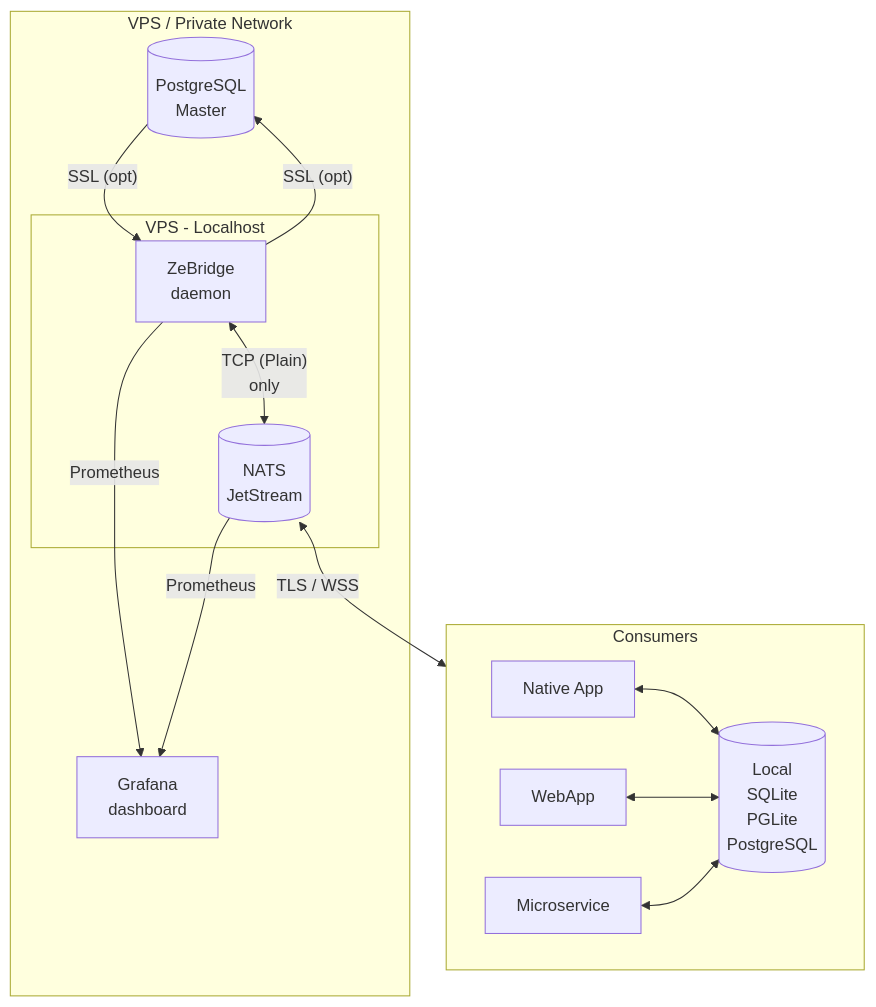
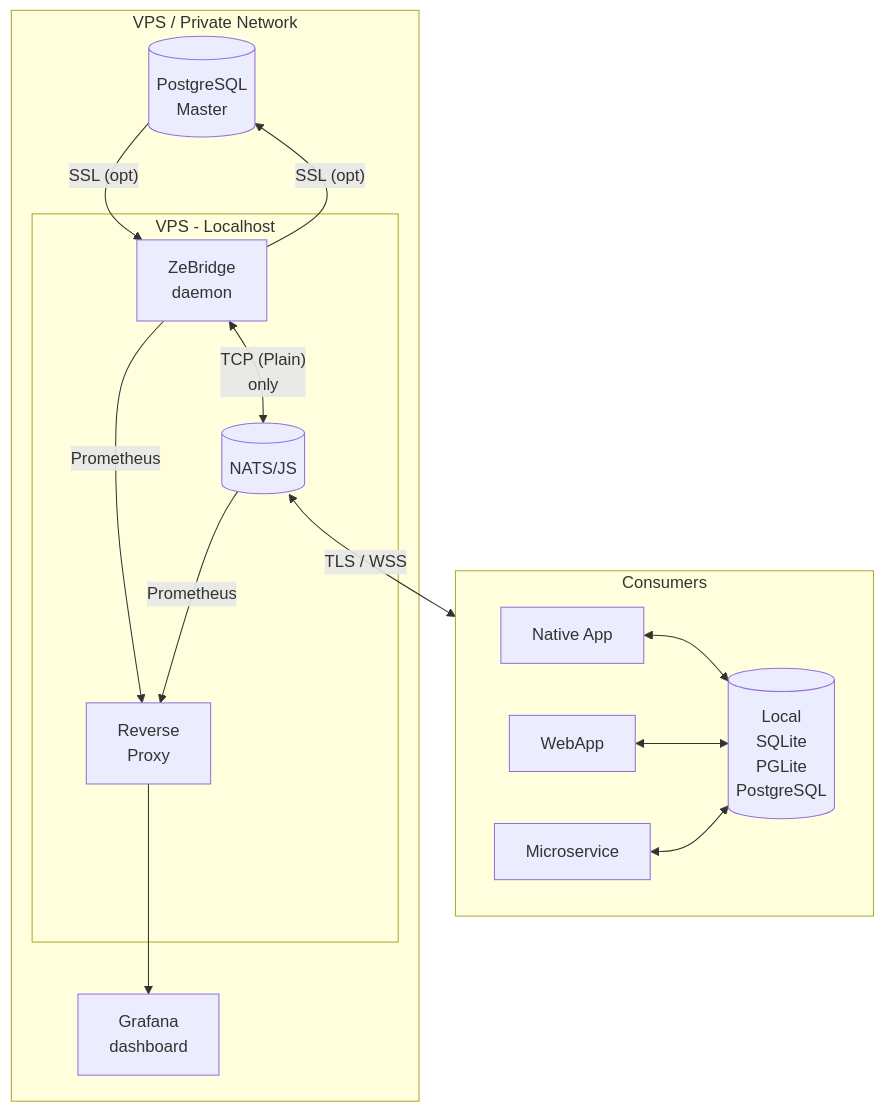
Before and after one commit to ndrean/ZeBridge: the first of 2 diagrams in README.md, drawn with Mermaid. The commit also changed other lines of this file, not shown here.

````diff
--- a/README.md
+++ b/README.md
@@ -80,29 +80,33 @@
 ```mermaid
 flowchart TD
     subgraph VPS["VPS / Private Network"]
         PG[("PostgreSQL <br> Master")]
         subgraph Localhost ["VPS - Localhost"]
           Bridge["ZeBridge <br> daemon"]
-          NATS[("NATS <br> JetStream")]
+          NATS[("NATS/JS")]
+          RevProx["Reverse <br>Proxy"]
         end
         
-        Bridge -- Prometheus --> Grafana["Grafana <br> dashboard"]
-        NATS -- Prometheus --> Grafana
+        
+        Bridge -- Prometheus --> RevProx
+        Grafana["Grafana <br> dashboard"]
+        RevProx -->Grafana
+        NATS -- Prometheus --> RevProx
 
         PG -- "SSL (opt)" --> Bridge
         Bridge -- "SSL (opt)" --> PG
         Bridge <--> |"TCP (Plain)" <br> only| NATS
     end
 
     NATS <--> |"TLS / WSS"| Consumers
 
 
     subgraph Consumers["Consumers"]
         NativeApp["Native App"]
         WebApp["WebApp"]
         Worker["Microservice"]
         NativeApp <--> Local_DB[("Local<br> SQLite <br> PGLite <br> PostgreSQL")]
         WebApp <--> Local_DB
         Worker <--> Local_DB
     end
 ```
````
